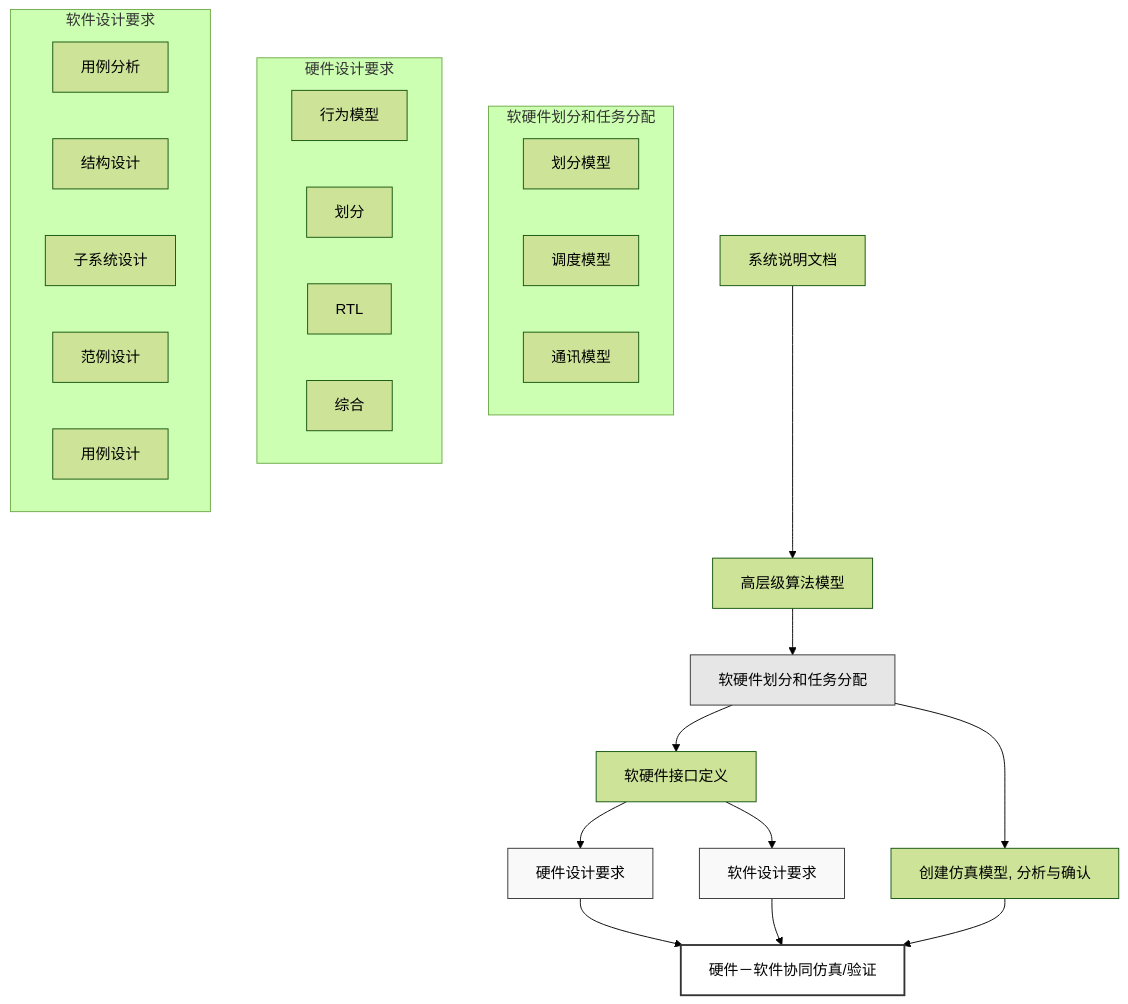
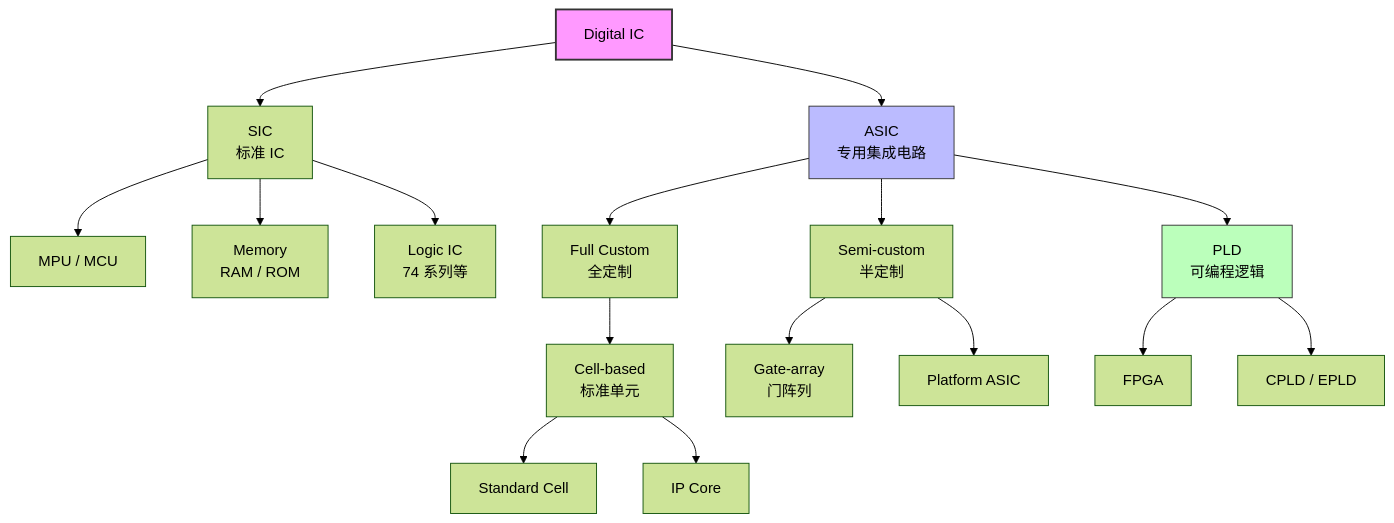
One commit to UPUPnoEMO/CT-system changed the first of 3 diagrams in docs/asic-design/README.md. Above: the diagram before and after it, drawn with Mermaid (forest theme). The commit also changed other lines of this file and 1 other file, not shown here.

Commit message:
update asic

````diff
--- a/docs/asic-design/README.md
+++ b/docs/asic-design/README.md
@@ -3,42 +13,27 @@
 ```mermaid
+  graph TD
+    A[Digital IC] --> B[SIC<br/>标准 IC]
+    A --> C[ASIC<br/>专用集成电路]
 
-graph TD
-    A[系统说明文档] --> B[高层级算法模型]
-    B --> C[软硬件划分和任务分配]
-    C --> D[创建仿真模型, 分析与确认]
-    C --> E[软硬件接口定义]
+    B --> B1[MPU / MCU]
+    B --> B2[Memory<br/>RAM / ROM]
+    B --> B3[Logic IC<br/>74 系列等]
 
-    subgraph 软硬件划分和任务分配
-        C1[划分模型]
-        C2[调度模型]
-        C3[通讯模型]
-    end
+    C --> C1[Full Custom<br/>全定制]
+    C --> C2[Semi-custom<br/>半定制]
+    C --> C3[PLD<br/>可编程逻辑]
 
-    E --> F[硬件设计要求]
-    E --> G[软件设计要求]
+    C1 --> C11[Cell-based<br/>标准单元]
+    C11 --> C111[Standard Cell]
+    C11 --> C112[IP Core]
 
-    subgraph 硬件设计要求
-        F1[行为模型]
-        F2[划分]
-        F3[RTL]
-        F4[综合]
-    end
+    C2 --> C21[Gate-array<br/>门阵列]
+    C2 --> C22[Platform ASIC]
 
-    subgraph 软件设计要求
-        G1[用例分析]
-        G2[结构设计]
-        G3[子系统设计]
-        G4[范例设计]
-        G5[用例设计]
-    end
+    C3 --> C31[FPGA]
+    C3 --> C32[CPLD / EPLD]
 
-    F --> H[硬件－软件协同仿真/验证]
-    G --> H
-    D --> H
-
-    style C fill:#e6e6e6,stroke:#333
-    style F fill:#f9f9f9,stroke:#333
-    style G fill:#f9f9f9,stroke:#333
-    style H fill:#fff,stroke:#333,stroke-width:2px
-
+    style A fill:#f9f,stroke:#333,stroke-width:2px
+    style C fill:#bbf,stroke:#333
+    style C3 fill:#bfb,stroke:#333
 ```
````
